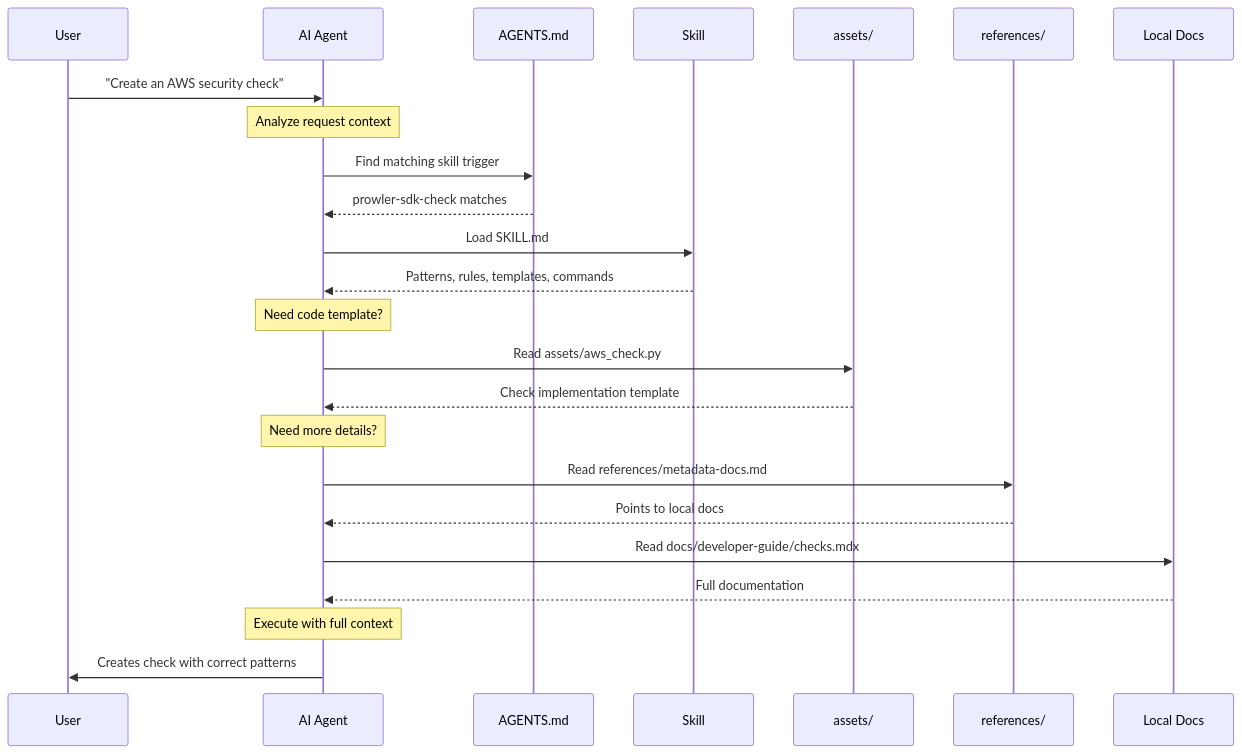
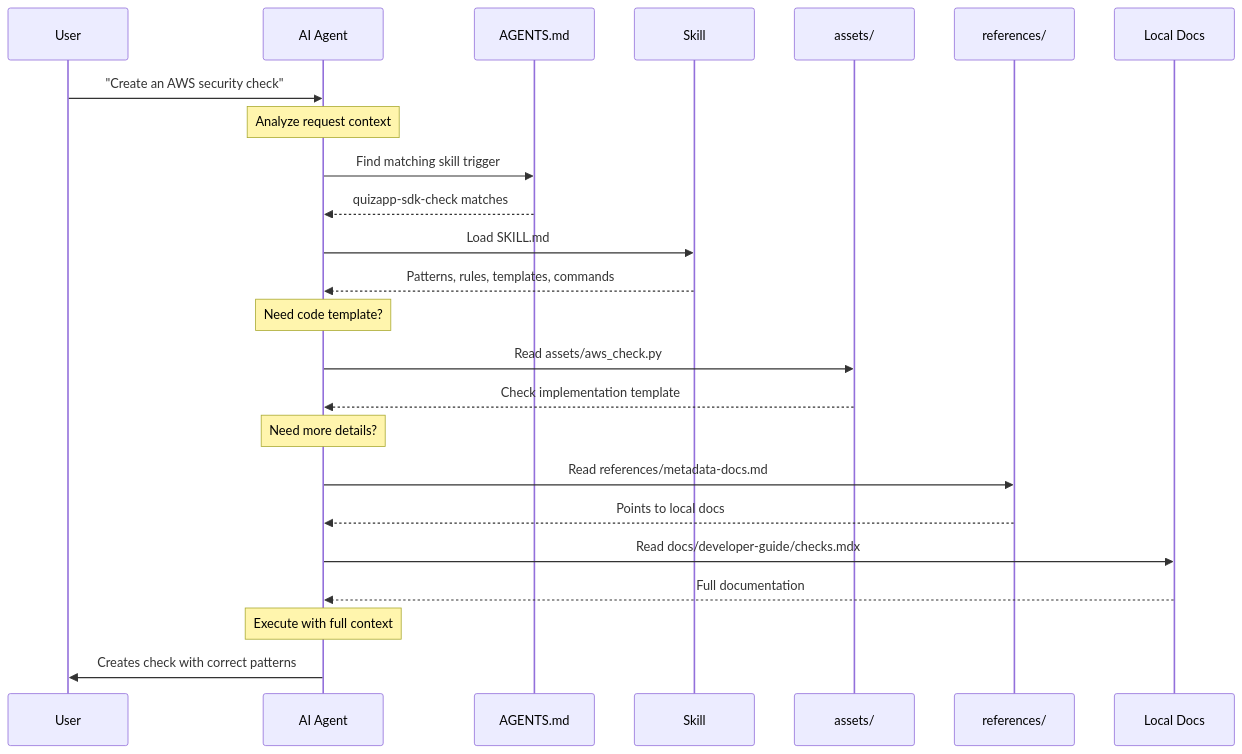
Before and after one commit to dtaborda/quiz-experience: the second of 4 diagrams in docs/ai-skills.mdx, drawn with Mermaid. The commit also changed other lines of this file, not shown here.

Commit message:
Update references from Prowler to Quizapp

````diff
--- a/docs/ai-skills.mdx
+++ b/docs/ai-skills.mdx
@@ -33,37 +33,37 @@
 ```mermaid
 sequenceDiagram
     participant U as User
     participant A as AI Agent
     participant R as AGENTS.md
     participant S as Skill
     participant AS as assets/
     participant RF as references/
     participant D as Local Docs
 
     U->>A: "Create an AWS security check"
 
     Note over A: Analyze request context
 
     A->>R: Find matching skill trigger
-    R-->>A: prowler-sdk-check matches
+    R-->>A: quizapp-sdk-check matches
 
     A->>S: Load SKILL.md
     S-->>A: Patterns, rules, templates, commands
 
     Note over A: Need code template?
 
     A->>AS: Read assets/aws_check.py
     AS-->>A: Check implementation template
 
     Note over A: Need more details?
 
     A->>RF: Read references/metadata-docs.md
     RF-->>A: Points to local docs
 
     A->>D: Read docs/developer-guide/checks.mdx
     D-->>A: Full documentation
 
     Note over A: Execute with full context
 
     A->>U: Creates check with correct patterns
 ```
````
